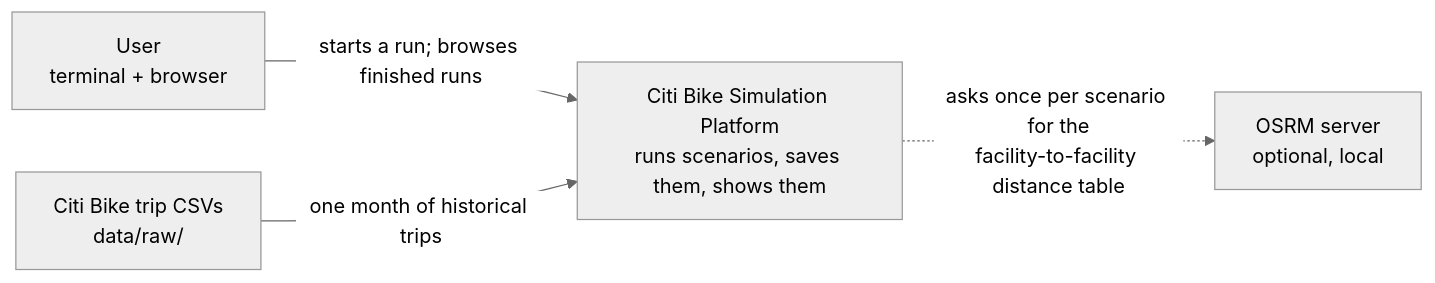
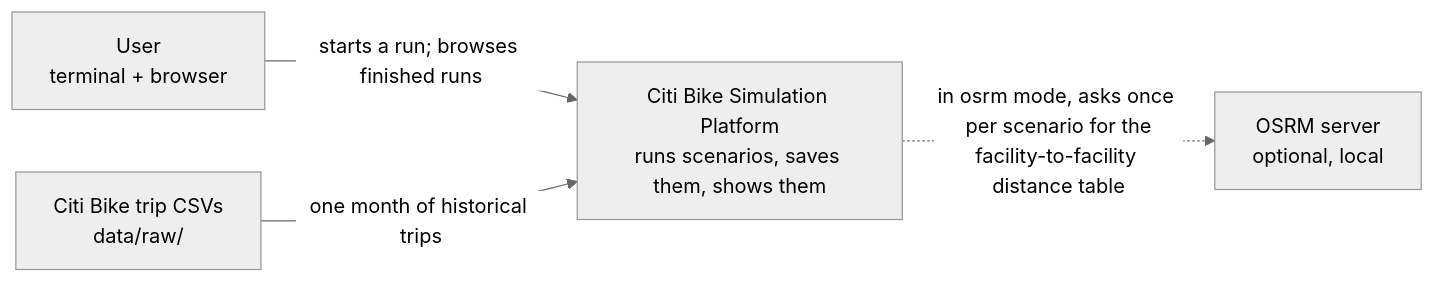
Before and after one commit to vlzm/GFDRR: the first of 4 diagrams in docs/explanation/architecture.md, drawn with Mermaid (neutral theme). The commit also changed other lines of this file and 1 other file, not shown here.

First line of the commit message:
docs: enhance architecture and dataloader documentation for clarity and accuracy

````diff
--- a/docs/explanation/architecture.md
+++ b/docs/explanation/architecture.md
@@ -22,11 +24,11 @@
 ```mermaid
 flowchart LR
     user["User<br/>terminal + browser"]
     csv["Citi Bike trip CSVs<br/>data/raw/"]
     osrm["OSRM server<br/>optional, local"]
     system["Citi Bike Simulation Platform<br/>runs scenarios, saves them, shows them"]
 
     user -->|"starts a run; browses finished runs"| system
     csv -->|"one month of historical trips"| system
-    system -.->|"asks once per scenario for the<br/>facility-to-facility distance table"| osrm
+    system -.->|"in osrm mode, asks once per scenario for the<br/>facility-to-facility distance table"| osrm
 ```
````
